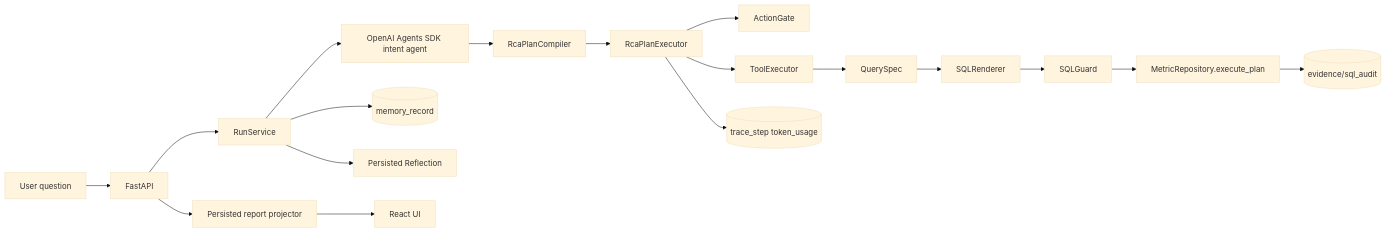
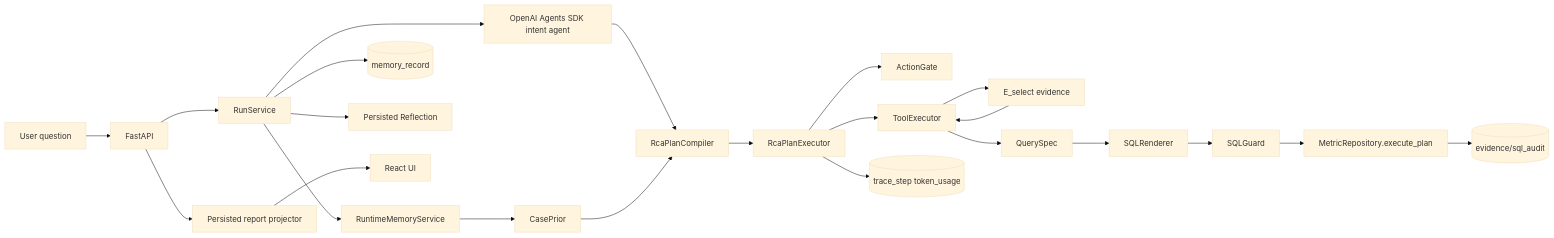
One commit to WOTMCCR/MetricRCA changed the first of 8 diagrams in docs/architecture.md. Above: the diagram before and after it, drawn with Mermaid (base theme). The commit also changed other lines of this file and 75 other files, not shown here.

````diff
--- a/docs/architecture.md
+++ b/docs/architecture.md
@@ -5,20 +5,25 @@
 ```mermaid
 flowchart LR
   User[User question] --> API[FastAPI]
   API --> RunService[RunService]
   RunService --> Intent[OpenAI Agents SDK intent agent]
+  RunService --> RuntimeMemory[RuntimeMemoryService]
+  RuntimeMemory --> Prior[CasePrior]
   Intent --> Compiler[RcaPlanCompiler]
+  Prior --> Compiler
   Compiler --> Executor[RcaPlanExecutor]
   Executor --> Gate[ActionGate]
   Executor --> Tools[ToolExecutor]
+  Tools --> Selection[E_select evidence]
+  Selection --> Tools
   Tools --> QuerySpec[QuerySpec]
   QuerySpec --> Renderer[SQLRenderer]
   Renderer --> Guard[SQLGuard]
   Guard --> Repo[MetricRepository.execute_plan]
   Repo --> Evidence[(evidence/sql_audit)]
   Executor --> Trace[(trace_step token_usage)]
   RunService --> Memory[(memory_record)]
   RunService --> Reflection[Persisted Reflection]
   API --> Projector[Persisted report projector]
   Projector --> UI[React UI]
 ```
````
